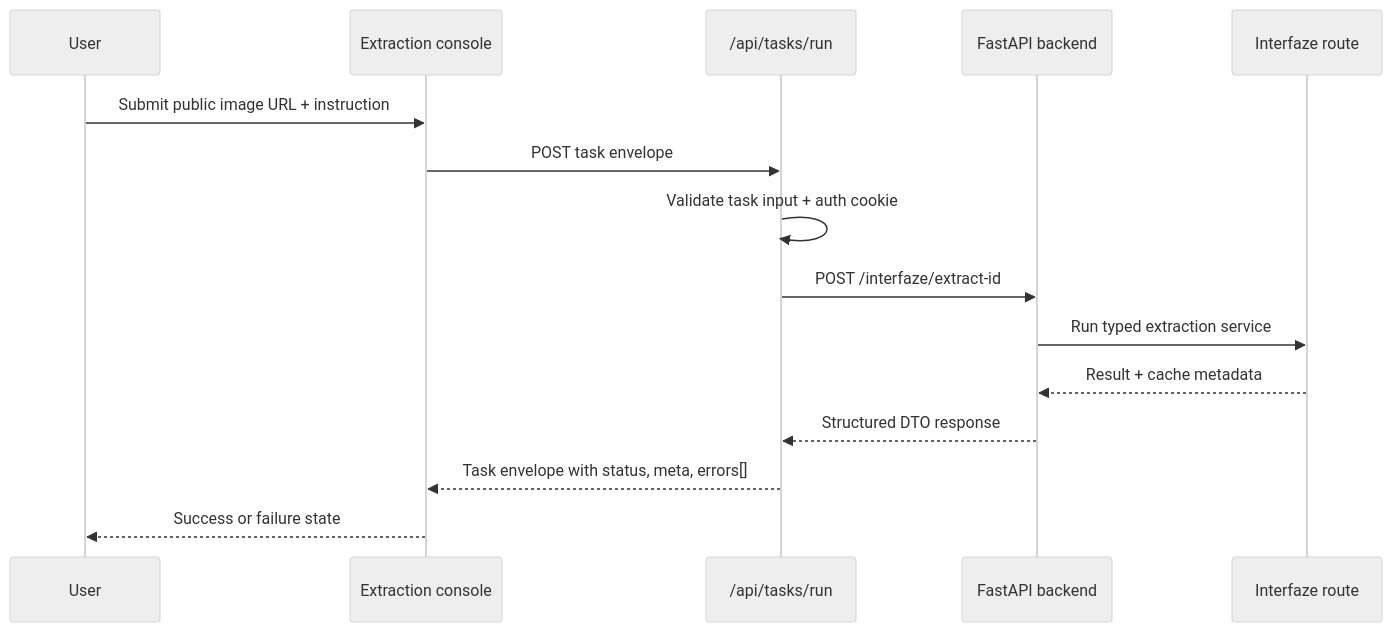
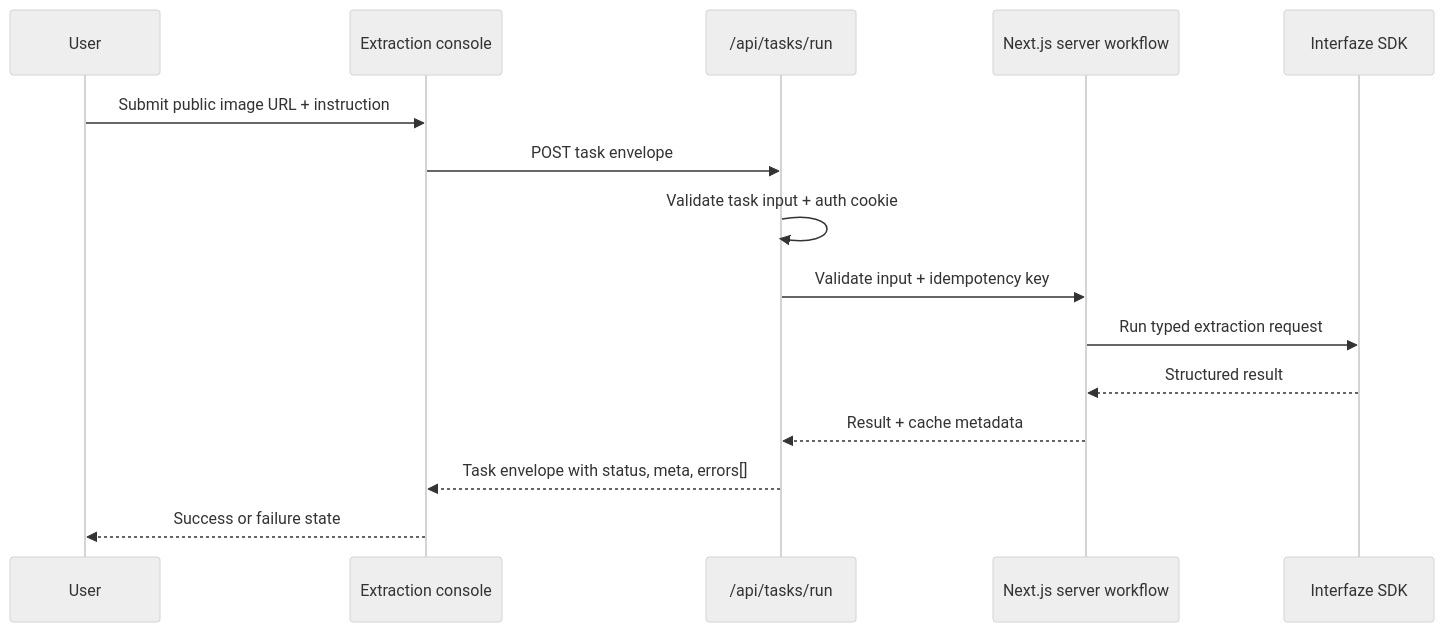
The sixth of 9 diagrams in frontend/ARCHITECTURE.md (eqan/Interfaze-Project), drawn with Mermaid (neutral theme) before and after one commit. The commit also changed other lines of this file and 14 other files, not shown here.

````diff
--- a/frontend/ARCHITECTURE.md
+++ b/frontend/ARCHITECTURE.md
@@ -138,18 +144,18 @@
 ```mermaid
 sequenceDiagram
     participant U as User
     participant C as Extraction console
     participant T as /api/tasks/run
-    participant B as FastAPI backend
-    participant I as Interfaze route
+    participant S as Next.js server workflow
+    participant I as Interfaze SDK
 
     U->>C: Submit public image URL + instruction
     C->>T: POST task envelope
     T->>T: Validate task input + auth cookie
-    T->>B: POST /interfaze/extract-id
-    B->>I: Run typed extraction service
-    I-->>B: Result + cache metadata
-    B-->>T: Structured DTO response
+    T->>S: Validate input + idempotency key
+    S->>I: Run typed extraction request
+    I-->>S: Structured result
+    S-->>T: Result + cache metadata
     T-->>C: Task envelope with status, meta, errors[]
     C-->>U: Success or failure state
 ```
````
